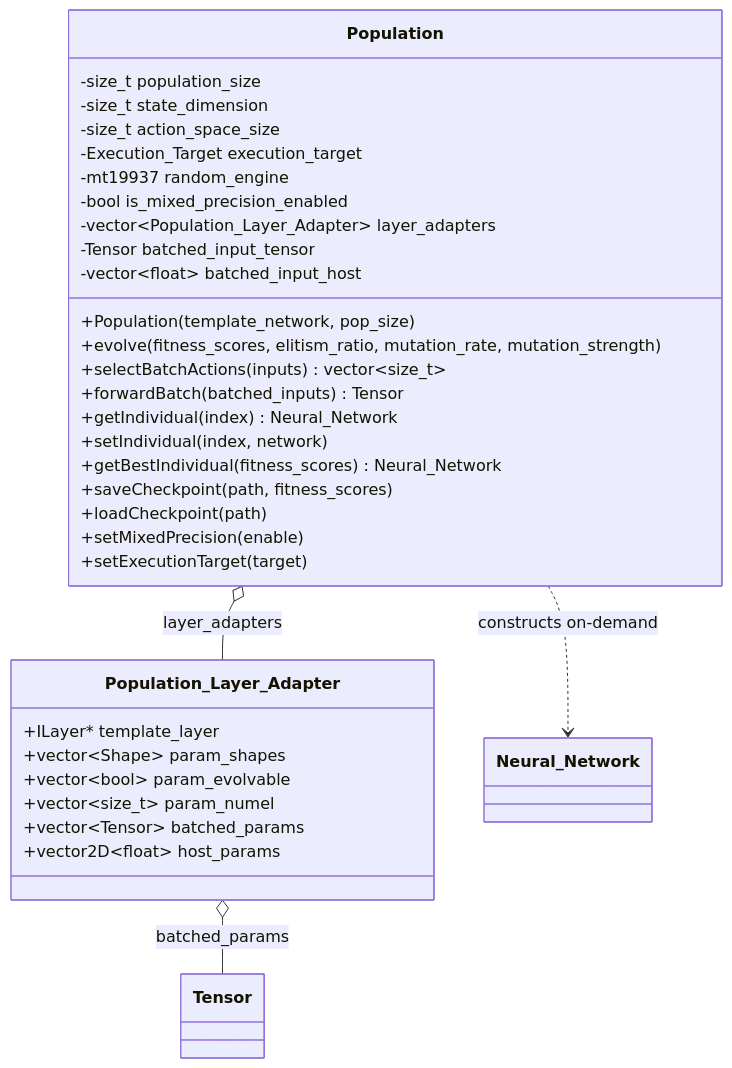
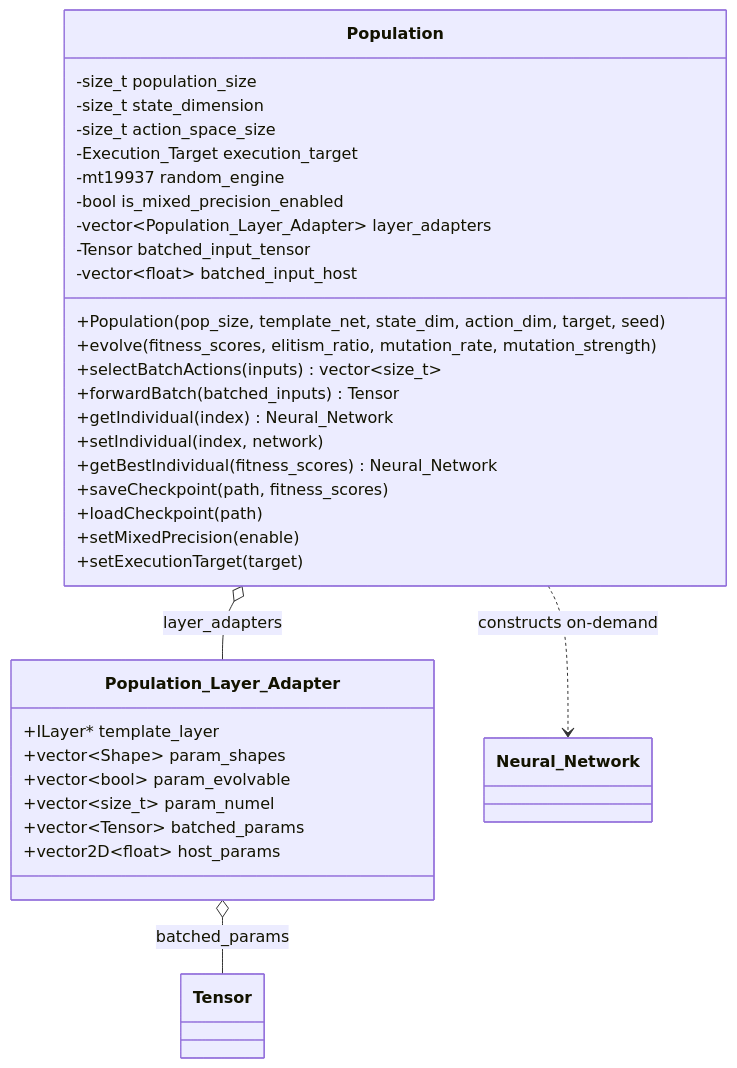
The eighth of 11 diagrams in architechture.md (HungVQ1991/VulkanML), drawn with Mermaid before and after one commit. The commit also changed other lines of this file and 266 other files, not shown here.

````diff
--- a/architechture.md
+++ b/architechture.md
@@ -811,38 +1111,38 @@
 ```mermaid
 classDiagram
     class Population {
         -size_t population_size
         -size_t state_dimension
         -size_t action_space_size
         -Execution_Target execution_target
         -mt19937 random_engine
         -bool is_mixed_precision_enabled
         -vector~Population_Layer_Adapter~ layer_adapters
         -Tensor batched_input_tensor
         -vector~float~ batched_input_host
-        +Population(template_network, pop_size)
+        +Population(pop_size, template_net, state_dim, action_dim, target, seed)
         +evolve(fitness_scores, elitism_ratio, mutation_rate, mutation_strength)
         +selectBatchActions(inputs) vector~size_t~
         +forwardBatch(batched_inputs) Tensor
         +getIndividual(index) Neural_Network
         +setIndividual(index, network)
         +getBestIndividual(fitness_scores) Neural_Network
         +saveCheckpoint(path, fitness_scores)
         +loadCheckpoint(path)
         +setMixedPrecision(enable)
         +setExecutionTarget(target)
     }
 
     class Population_Layer_Adapter {
         +ILayer* template_layer
         +vector~Shape~ param_shapes
         +vector~bool~ param_evolvable
         +vector~size_t~ param_numel
         +vector~Tensor~ batched_params
         +vector2D~float~ host_params
     }
 
     Population o-- Population_Layer_Adapter : layer_adapters
     Population ..> Neural_Network : constructs on-demand
     Population_Layer_Adapter o-- Tensor : batched_params
 ```
````
